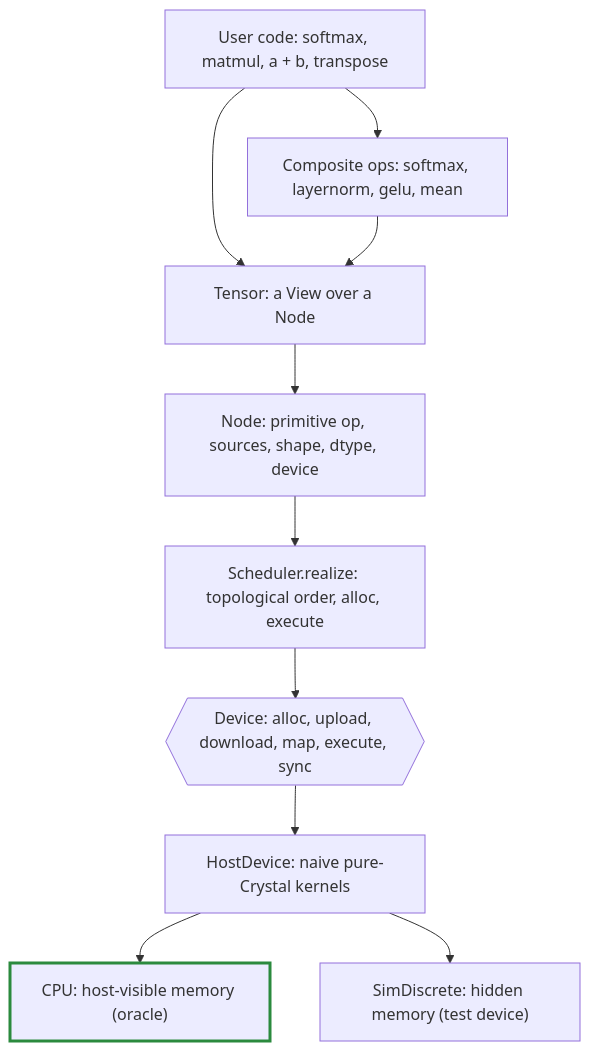
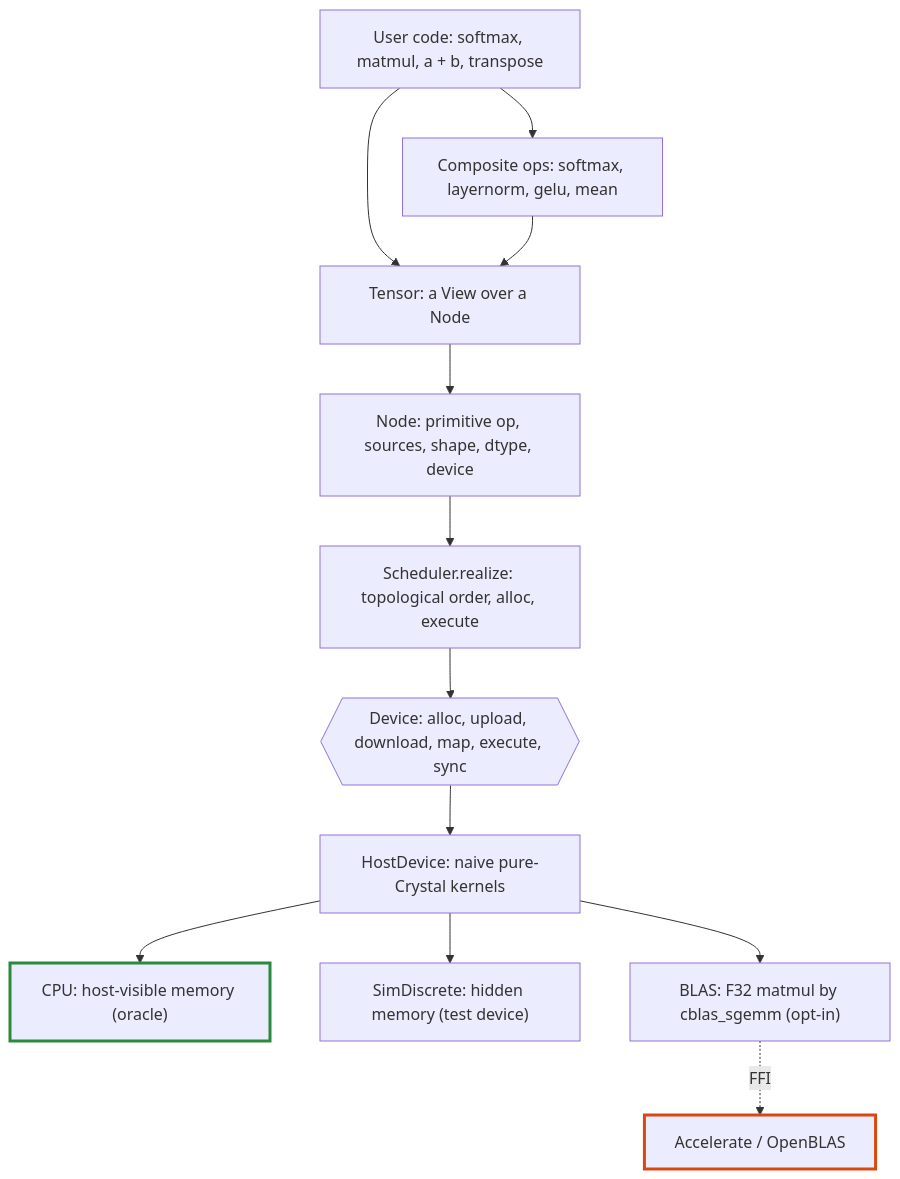
One commit to nogginly/tensomite.cr changed the first of 13 diagrams in DESIGN.md. Above: the diagram before and after it, drawn with Mermaid. The commit also changed other lines of this file and 9 other files, not shown here.

````diff
--- a/DESIGN.md
+++ b/DESIGN.md
@@ -9,13 +9,16 @@
 ```mermaid
 flowchart TD
     User["User code: softmax, matmul, a + b, transpose"] --> Comp["Composite ops: softmax, layernorm, gelu, mean"]
     User --> Tensor
     Comp --> Tensor["Tensor: a View over a Node"]
     Tensor --> Node["Node: primitive op, sources, shape, dtype, device"]
     Node --> Sched["Scheduler.realize: topological order, alloc, execute"]
     Sched --> Iface{{"Device: alloc, upload, download, map, execute, sync"}}
     Iface --> Host["HostDevice: naive pure-Crystal kernels"]
     Host --> CPU["CPU: host-visible memory (oracle)"]
     Host --> Sim["SimDiscrete: hidden memory (test device)"]
+    Host --> BLAS["BLAS: F32 matmul by cblas_sgemm (opt-in)"]
+    BLAS -. "FFI" .-> Lib["Accelerate / OpenBLAS"]
     style CPU stroke:#2b8a3e,stroke-width:3px
+    style Lib stroke:#d9480f,stroke-width:3px
 ```
````
